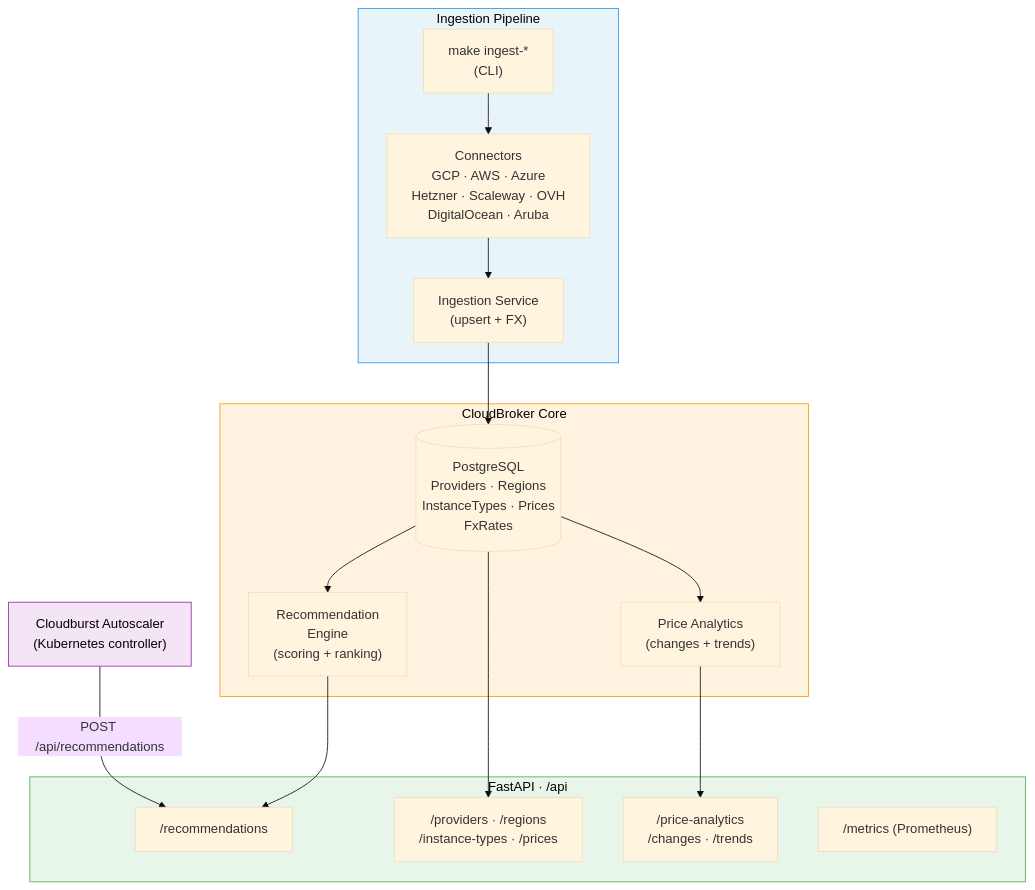
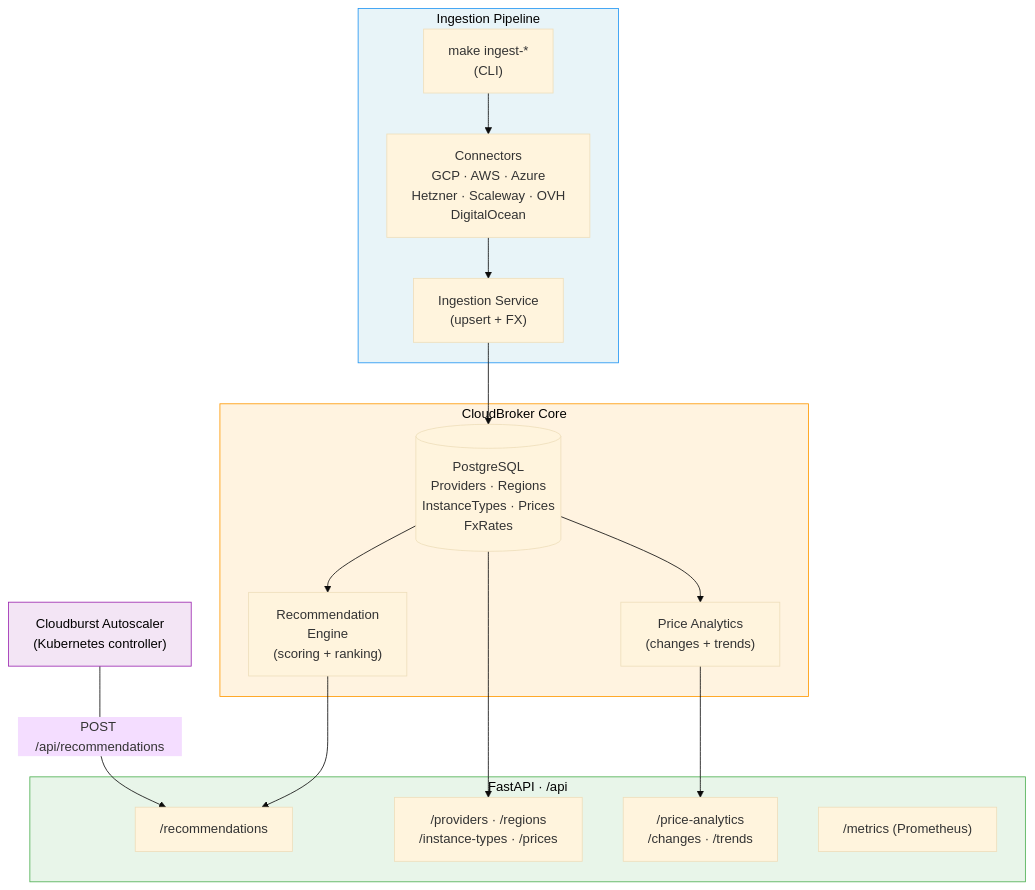
Before and after one commit to braghettos/cloudbroker: the diagram in README.md, drawn with Mermaid (base theme). The commit also changed other lines of this file and 34 other files, not shown here.

````diff
--- a/README.md
+++ b/README.md
@@ -13,36 +13,36 @@
 ```mermaid
 graph TB
     subgraph Ingestion ["Ingestion Pipeline"]
         CLI["make ingest-*<br/>(CLI)"]
-        CON["Connectors<br/>GCP · AWS · Azure<br/>Hetzner · Scaleway · OVH<br/>DigitalOcean · Aruba"]
+        CON["Connectors<br/>GCP · AWS · Azure<br/>Hetzner · Scaleway · OVH<br/>DigitalOcean"]
         SVC["Ingestion Service<br/>(upsert + FX)"]
         CLI --> CON --> SVC
     end
 
     subgraph Core ["CloudBroker Core"]
         DB[("PostgreSQL<br/>Providers · Regions<br/>InstanceTypes · Prices<br/>FxRates")]
         REC["Recommendation<br/>Engine<br/>(scoring + ranking)"]
         ANA["Price Analytics<br/>(changes + trends)"]
     end
 
     subgraph API ["FastAPI  · /api"]
         R1["/recommendations"]
         R2["/providers · /regions<br/>/instance-types · /prices"]
         R3["/price-analytics<br/>/changes · /trends"]
         R4["/metrics (Prometheus)"]
     end
 
     SVC --> DB
     DB --> REC
     DB --> ANA
     REC --> R1
     DB --> R2
     ANA --> R3
 
     CB["Cloudburst Autoscaler<br/>(Kubernetes controller)"] -->|POST /api/recommendations| R1
 
     style Ingestion fill:#e8f4f8,stroke:#2196F3,color:#000
     style Core fill:#fff3e0,stroke:#FF9800,color:#000
     style API fill:#e8f5e9,stroke:#4CAF50,color:#000
     style CB fill:#f3e5f5,stroke:#9C27B0,color:#000
 ```
````
